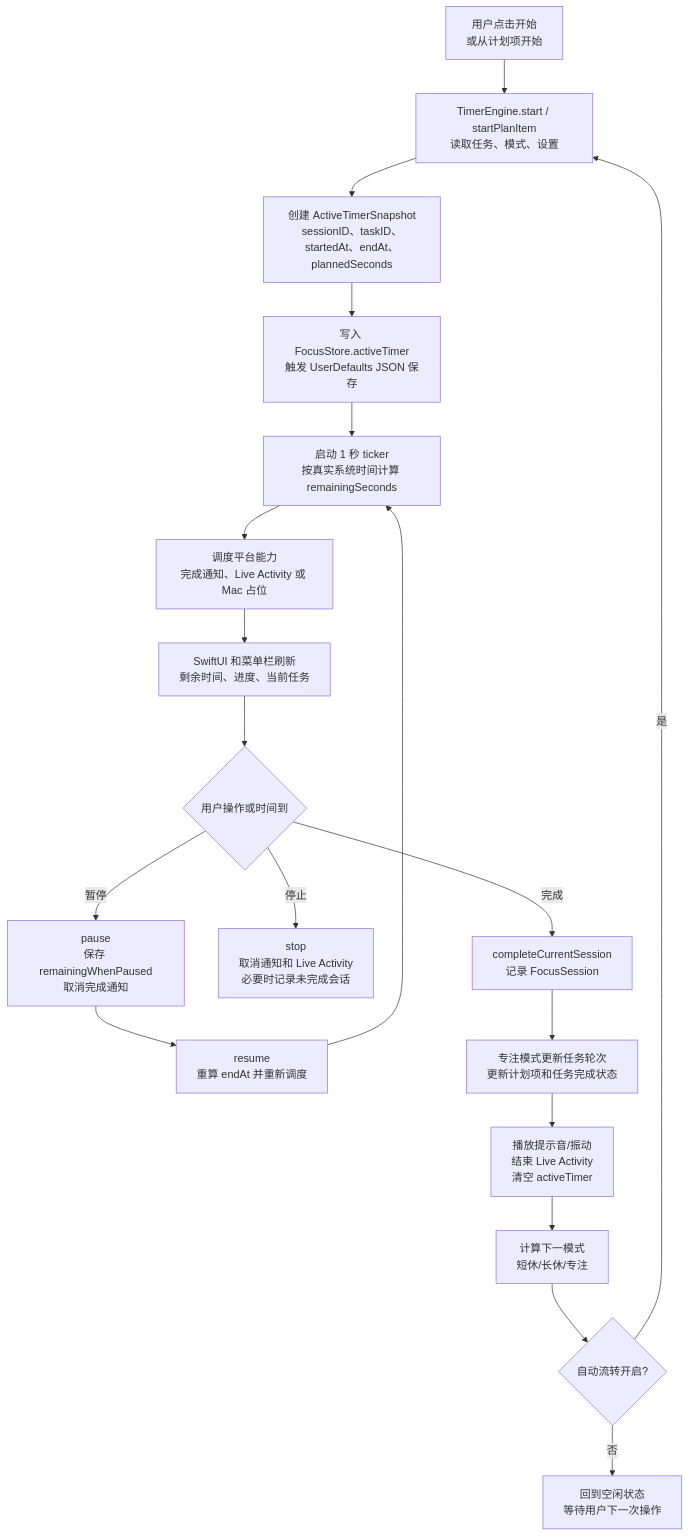
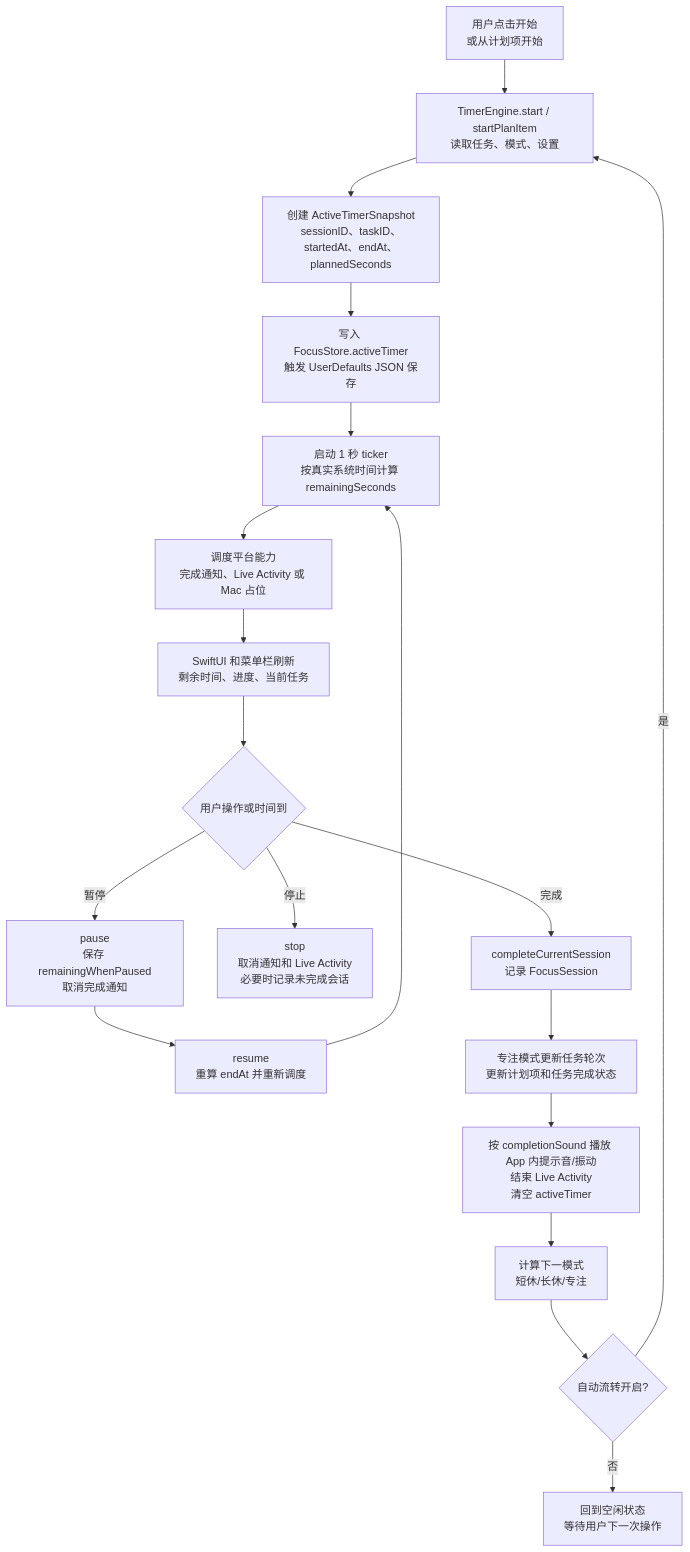
One commit to Altman-sam114/114 changed the second of 6 diagrams in md/flow/flowchart.md. Above: the diagram before and after it, drawn with Mermaid. The commit also changed other lines of this file and 9 other files, not shown here.

````diff
--- a/md/flow/flowchart.md
+++ b/md/flow/flowchart.md
@@ -37,21 +37,21 @@
 ```mermaid
 flowchart TD
   A["用户点击开始<br/>或从计划项开始"] --> B["TimerEngine.start / startPlanItem<br/>读取任务、模式、设置"]
   B --> C["创建 ActiveTimerSnapshot<br/>sessionID、taskID、startedAt、endAt、plannedSeconds"]
   C --> D["写入 FocusStore.activeTimer<br/>触发 UserDefaults JSON 保存"]
   D --> E["启动 1 秒 ticker<br/>按真实系统时间计算 remainingSeconds"]
   E --> F["调度平台能力<br/>完成通知、Live Activity 或 Mac 占位"]
   F --> G["SwiftUI 和菜单栏刷新<br/>剩余时间、进度、当前任务"]
   G --> H{"用户操作或时间到"}
   H -->|暂停| I["pause<br/>保存 remainingWhenPaused<br/>取消完成通知"]
   I --> J["resume<br/>重算 endAt 并重新调度"]
   J --> E
   H -->|停止| K["stop<br/>取消通知和 Live Activity<br/>必要时记录未完成会话"]
   H -->|完成| L["completeCurrentSession<br/>记录 FocusSession"]
   L --> M["专注模式更新任务轮次<br/>更新计划项和任务完成状态"]
-  M --> N["播放提示音/振动<br/>结束 Live Activity<br/>清空 activeTimer"]
+  M --> N["按 completionSound 播放 App 内提示音/振动<br/>结束 Live Activity<br/>清空 activeTimer"]
   N --> O["计算下一模式<br/>短休/长休/专注"]
   O --> P{"自动流转开启?"}
   P -->|是| B
   P -->|否| Q["回到空闲状态<br/>等待用户下一次操作"]
 ```
````
